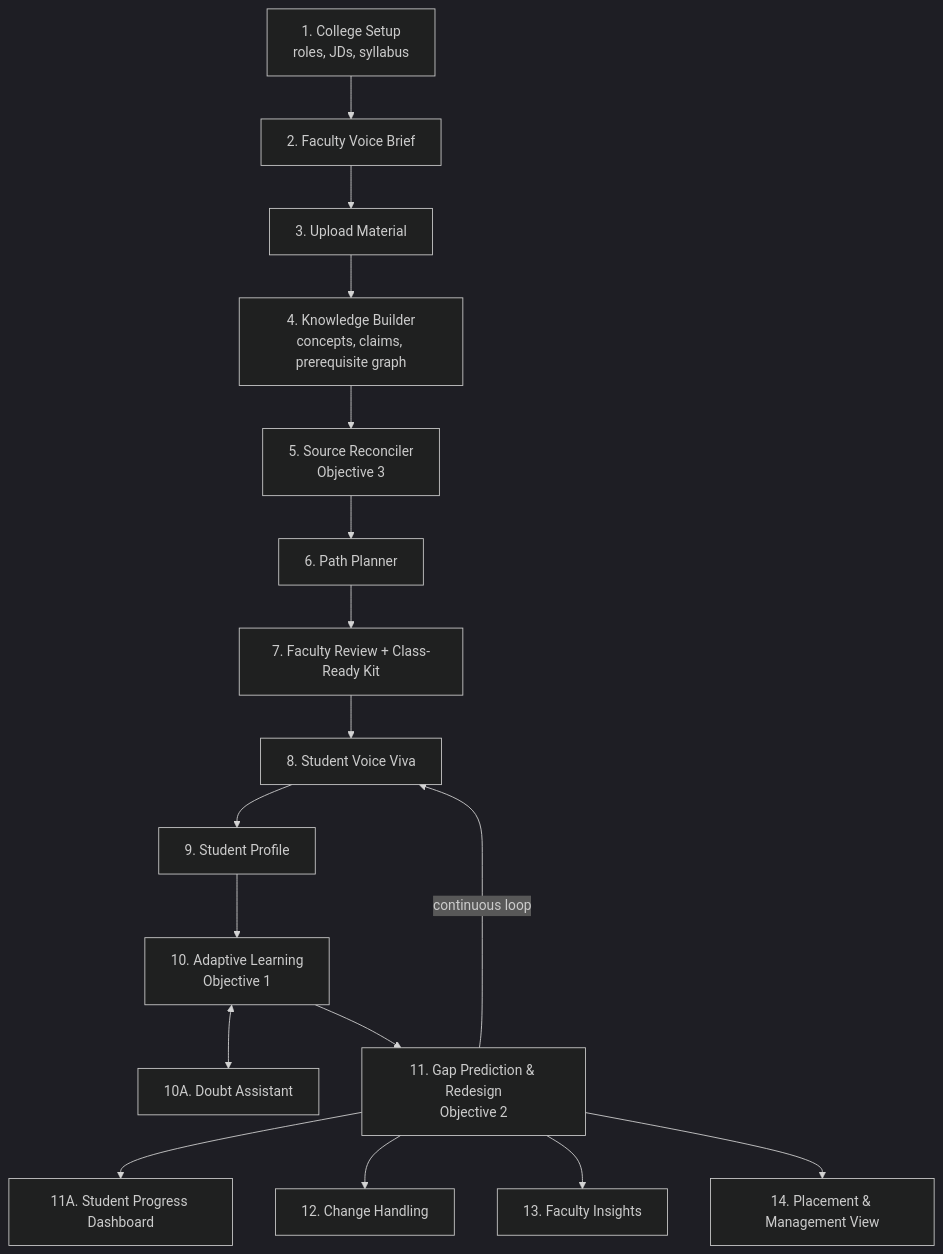
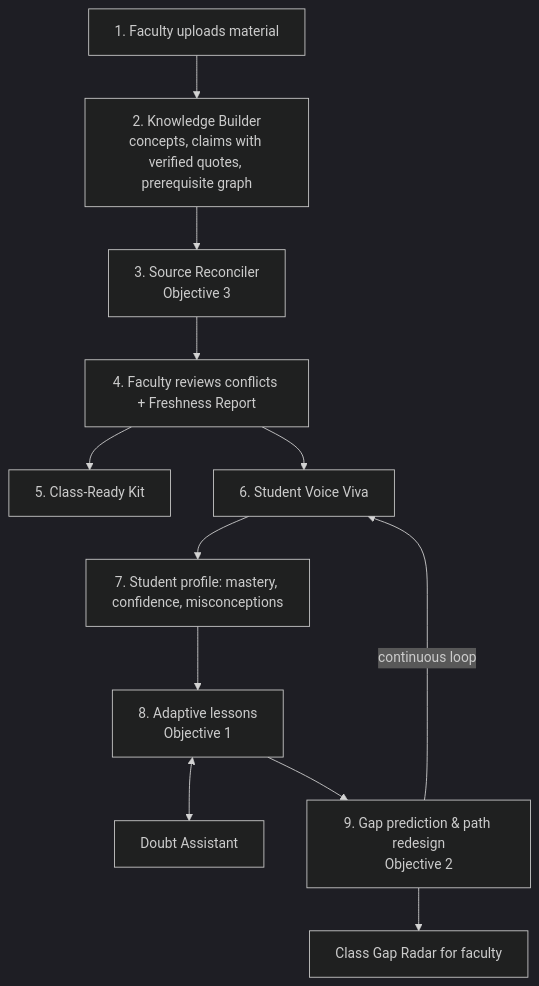
One commit to vlallen544/Hackerring_project changed the first of 2 diagrams in README.md. Above: the diagram before and after it, drawn with Mermaid (dark theme). The commit also changed other lines of this file and 1 other file, not shown here.

````diff
--- a/README.md
+++ b/README.md
@@ -81,19 +83,14 @@
 ```mermaid
 flowchart TD
-    A[1. College Setup<br/>roles, JDs, syllabus] --> B[2. Faculty Voice Brief]
-    B --> C[3. Upload Material]
-    C --> D[4. Knowledge Builder<br/>concepts, claims, prerequisite graph]
-    D --> E[5. Source Reconciler<br/>Objective 3]
-    E --> F[6. Path Planner]
-    F --> G[7. Faculty Review + Class-Ready Kit]
-    G --> H[8. Student Voice Viva]
-    H --> I[9. Student Profile]
-    I --> J[10. Adaptive Learning<br/>Objective 1]
-    J <--> J2[10A. Doubt Assistant]
-    J --> K[11. Gap Prediction & Redesign<br/>Objective 2]
+    C[1. Faculty uploads material] --> D[2. Knowledge Builder<br/>concepts, claims with verified quotes, prerequisite graph]
+    D --> E[3. Source Reconciler<br/>Objective 3]
+    E --> F[4. Faculty reviews conflicts + Freshness Report]
+    F --> G[5. Class-Ready Kit]
+    F --> H[6. Student Voice Viva]
+    H --> I[7. Student profile: mastery, confidence, misconceptions]
+    I --> J[8. Adaptive lessons<br/>Objective 1]
+    J <--> J2[Doubt Assistant]
+    J --> K[9. Gap prediction & path redesign<br/>Objective 2]
     K -->|continuous loop| H
-    K --> L[11A. Student Progress Dashboard]
-    K --> M[12. Change Handling]
-    K --> N[13. Faculty Insights]
-    K --> O[14. Placement & Management View]
+    K --> L[Class Gap Radar for faculty]
 ```
````
